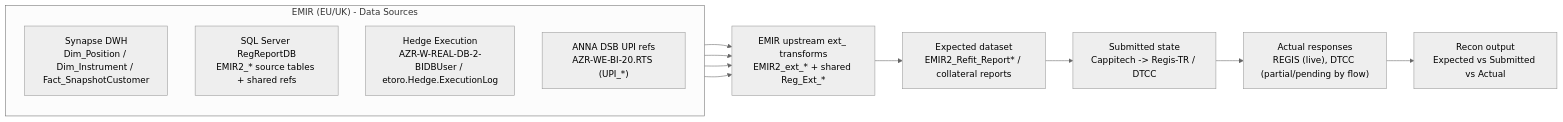
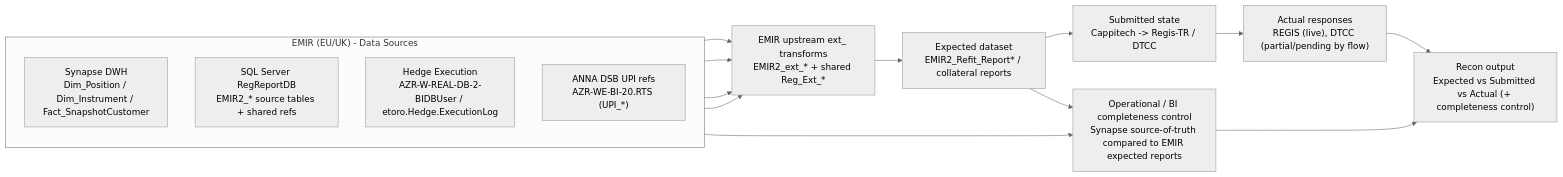
Before and after one commit to valentinosko-hub/RegTech: the diagram in docs/reporting-model-emir-data-sources.mmd, drawn with Mermaid (neutral theme). The commit also changed 19 other files, not shown here.

```diff
--- a/docs/reporting-model-emir-data-sources.mmd
+++ b/docs/reporting-model-emir-data-sources.mmd
@@ -1,18 +1,22 @@
 flowchart LR
   subgraph SRC["EMIR (EU/UK) - Data Sources"]
     direction TB
-    A["Synapse DWH\nDim_Position / Dim_Instrument / Fact_SnapshotCustomer"]
-    B["SQL Server RegReportDB\nEMIR2_* source tables + shared refs"]
-    C["Hedge Execution\nAZR-W-REAL-DB-2-BIDBUser / etoro.Hedge.ExecutionLog"]
-    D["ANNA DSB UPI refs\nAZR-WE-BI-20.RTS (UPI_*)"]
+    A["Synapse DWH<br/>Dim_Position / Dim_Instrument / Fact_SnapshotCustomer"]
+    B["SQL Server RegReportDB<br/>EMIR2_* source tables + shared refs"]
+    C["Hedge Execution<br/>AZR-W-REAL-DB-2-BIDBUser / etoro.Hedge.ExecutionLog"]
+    D["ANNA DSB UPI refs<br/>AZR-WE-BI-20.RTS (UPI_*)"]
   end
-  U["EMIR upstream ext_ transforms\nEMIR2_ext_* + shared Reg_Ext_*"]
-  E["Expected dataset\nEMIR2_Refit_Report* / collateral reports"]
-  S["Submitted state\nCappitech -> Regis-TR / DTCC"]
-  R["Actual responses\nREGIS (live), DTCC (partial/pending by flow)"]
-  X["Recon output\nExpected vs Submitted vs Actual"]
+  CTRL["Operational / BI completeness control<br/>Synapse source-of-truth compared to EMIR expected reports"]
+  U["EMIR upstream ext_ transforms<br/>EMIR2_ext_* + shared Reg_Ext_*"]
+  E["Expected dataset<br/>EMIR2_Refit_Report* / collateral reports"]
+  S["Submitted state<br/>Cappitech -> Regis-TR / DTCC"]
+  R["Actual responses<br/>REGIS (live), DTCC (partial/pending by flow)"]
+  X["Recon output<br/>Expected vs Submitted vs Actual (+ completeness control)"]
+  A --> CTRL
   A --> U
   B --> U
   C --> U
   D --> U
   U --> E --> S --> R --> X
+  E --> CTRL
+  CTRL --> X
```
